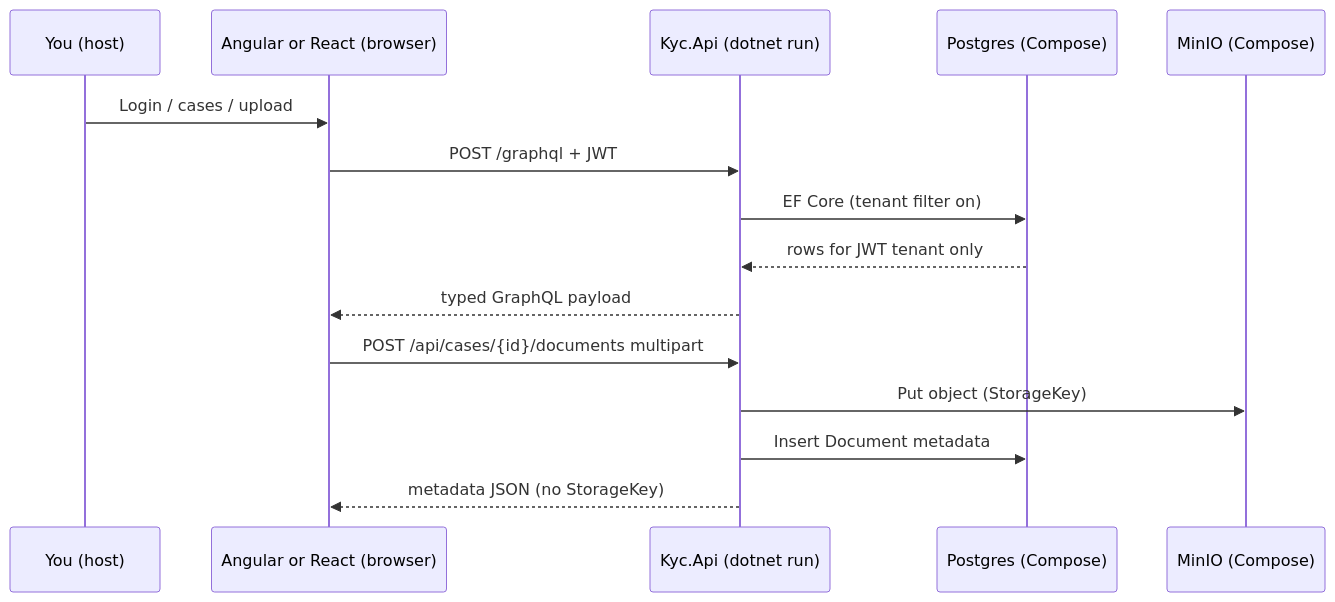
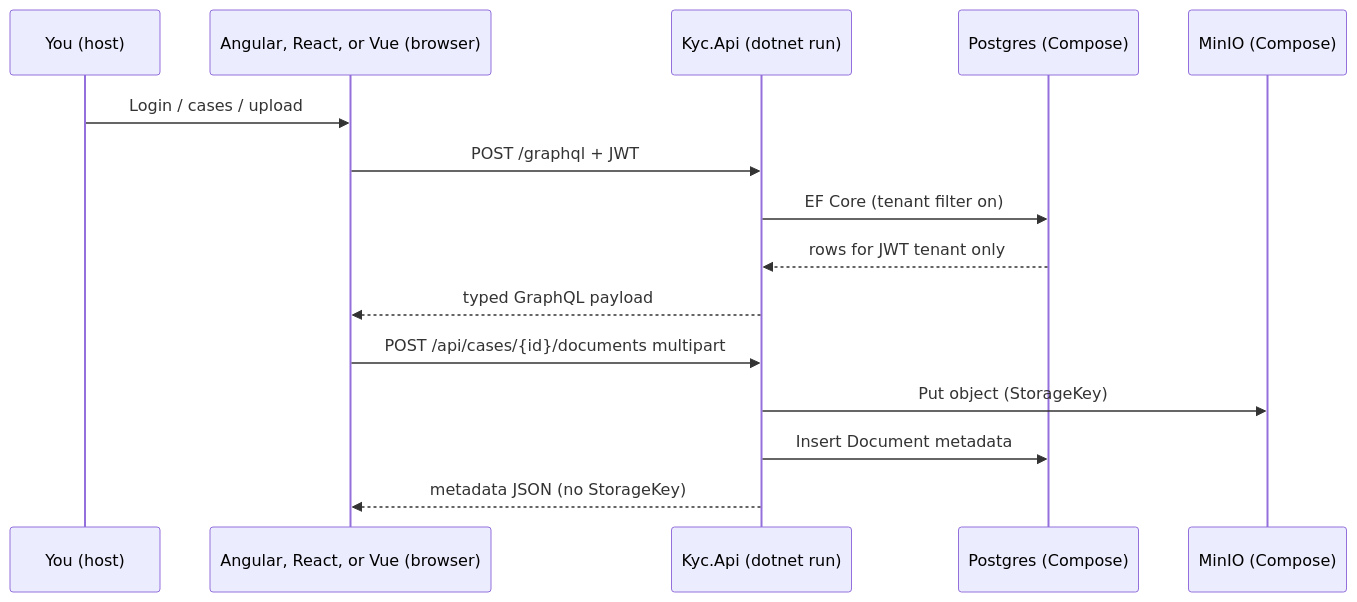
The diagram in README.STUDY.md (SDS37/kyc-multi-frontend), drawn with Mermaid before and after one commit. The commit also changed other lines of this file and 22 other files, not shown here.

````diff
--- a/README.STUDY.md
+++ b/README.STUDY.md
@@ -36,18 +36,18 @@
 ```mermaid
 sequenceDiagram
     participant You as You (host)
-    participant UI as Angular or React (browser)
+    participant UI as Angular, React, or Vue (browser)
     participant API as Kyc.Api (dotnet run)
     participant PG as Postgres (Compose)
     participant MN as MinIO (Compose)
 
     You->>UI: Login / cases / upload
     UI->>API: POST /graphql + JWT
     API->>PG: EF Core (tenant filter on)
     PG-->>API: rows for JWT tenant only
     API-->>UI: typed GraphQL payload
     UI->>API: POST /api/cases/{id}/documents multipart
     API->>MN: Put object (StorageKey)
     API->>PG: Insert Document metadata
     API-->>UI: metadata JSON (no StorageKey)
 ```
````
